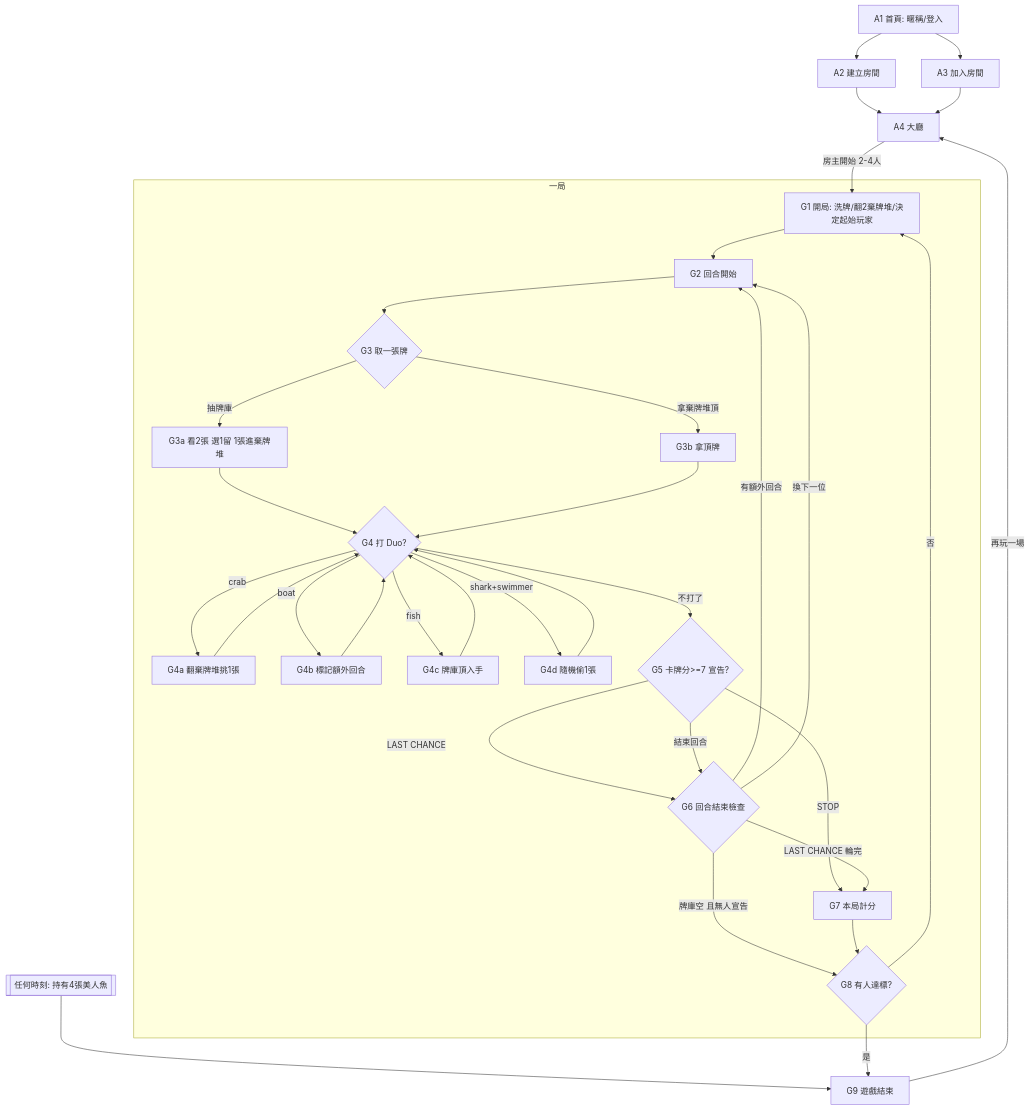
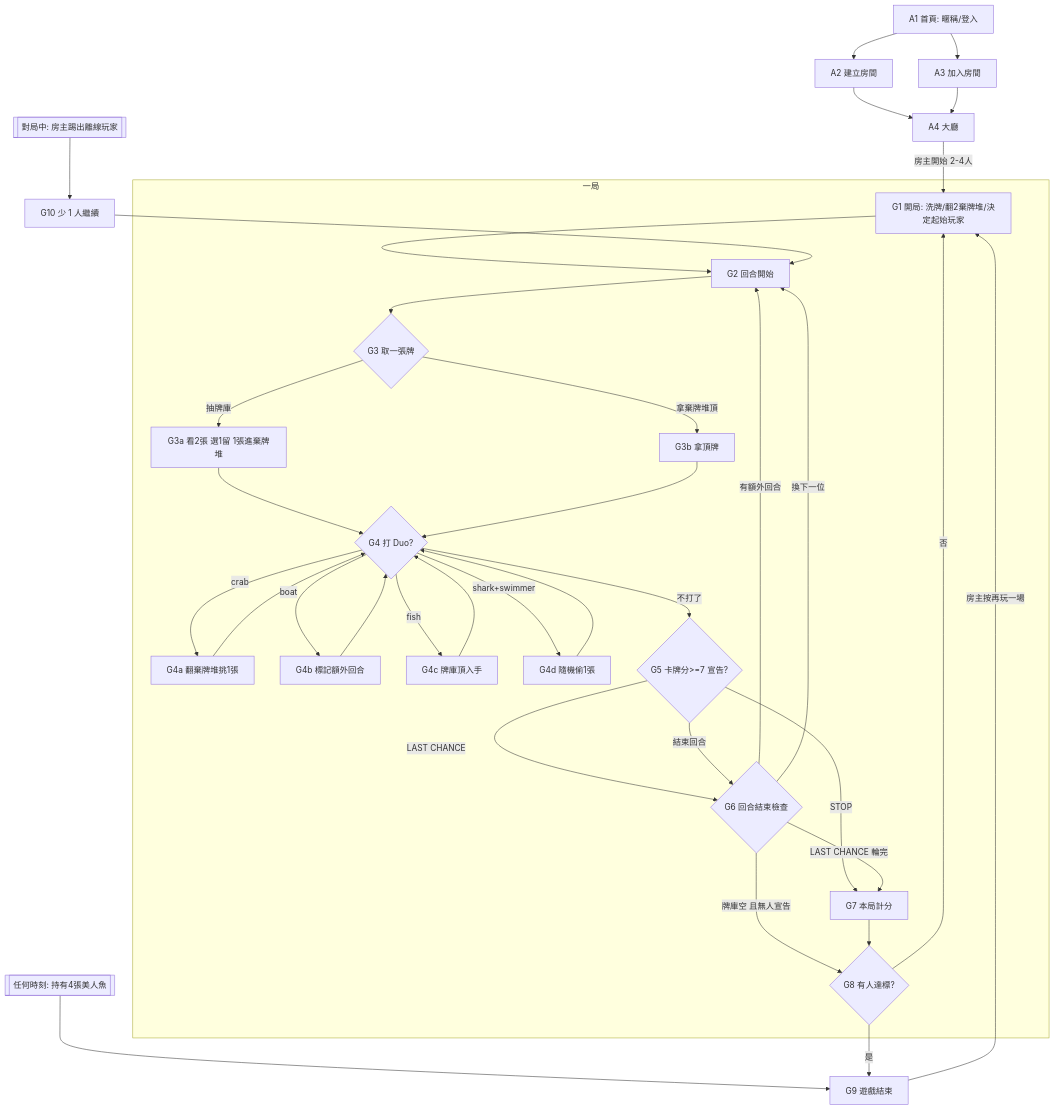
One commit to yanchen184/sea-salt-paper changed the diagram in docs/spec/01-flow.md. Above: the diagram before and after it, drawn with Mermaid. The commit also changed other lines of this file and 4 other files, not shown here.

````diff
--- a/docs/spec/01-flow.md
+++ b/docs/spec/01-flow.md
@@ -17,41 +17,42 @@
 ```mermaid
 flowchart TD
   A1[A1 首頁: 暱稱/登入] --> A2[A2 建立房間]
   A1 --> A3[A3 加入房間]
   A2 --> A4[A4 大廳]
   A3 --> A4
   A4 -->|房主開始 2-4人| G1
 
   subgraph Round[一局]
     G1[G1 開局: 洗牌/翻2棄牌堆/決定起始玩家] --> G2[G2 回合開始]
     G2 --> G3{G3 取一張牌}
     G3 -->|抽牌庫| G3a[G3a 看2張 選1留 1張進棄牌堆]
     G3 -->|拿棄牌堆頂| G3b[G3b 拿頂牌]
     G3a --> G4
     G3b --> G4
     G4{G4 打 Duo?}
     G4 -->|crab| G4a[G4a 翻棄牌堆挑1張]
     G4 -->|boat| G4b[G4b 標記額外回合]
     G4 -->|fish| G4c[G4c 牌庫頂入手]
     G4 -->|shark+swimmer| G4d[G4d 隨機偷1張]
     G4a --> G4
     G4b --> G4
     G4c --> G4
     G4d --> G4
     G4 -->|不打了| G5{G5 卡牌分>=7 宣告?}
     G5 -->|STOP| G7
     G5 -->|LAST CHANCE| G6
     G5 -->|結束回合| G6
     G6{G6 回合結束檢查}
     G6 -->|牌庫空 且無人宣告| G8
     G6 -->|有額外回合| G2
     G6 -->|LAST CHANCE 輪完| G7
     G6 -->|換下一位| G2
   end
 
   M[[任何時刻: 持有4張美人魚]] --> G9
   G7[G7 本局計分] --> G8{G8 有人達標?}
   G8 -->|否| G1
   G8 -->|是| G9[G9 遊戲結束]
-  G9 -->|再玩一場| A4
+  G9 -->|房主按再玩一場| G1
+  K[[對局中: 房主踢出離線玩家]] --> G10[G10 少 1 人繼續] --> G2
 ```
````
